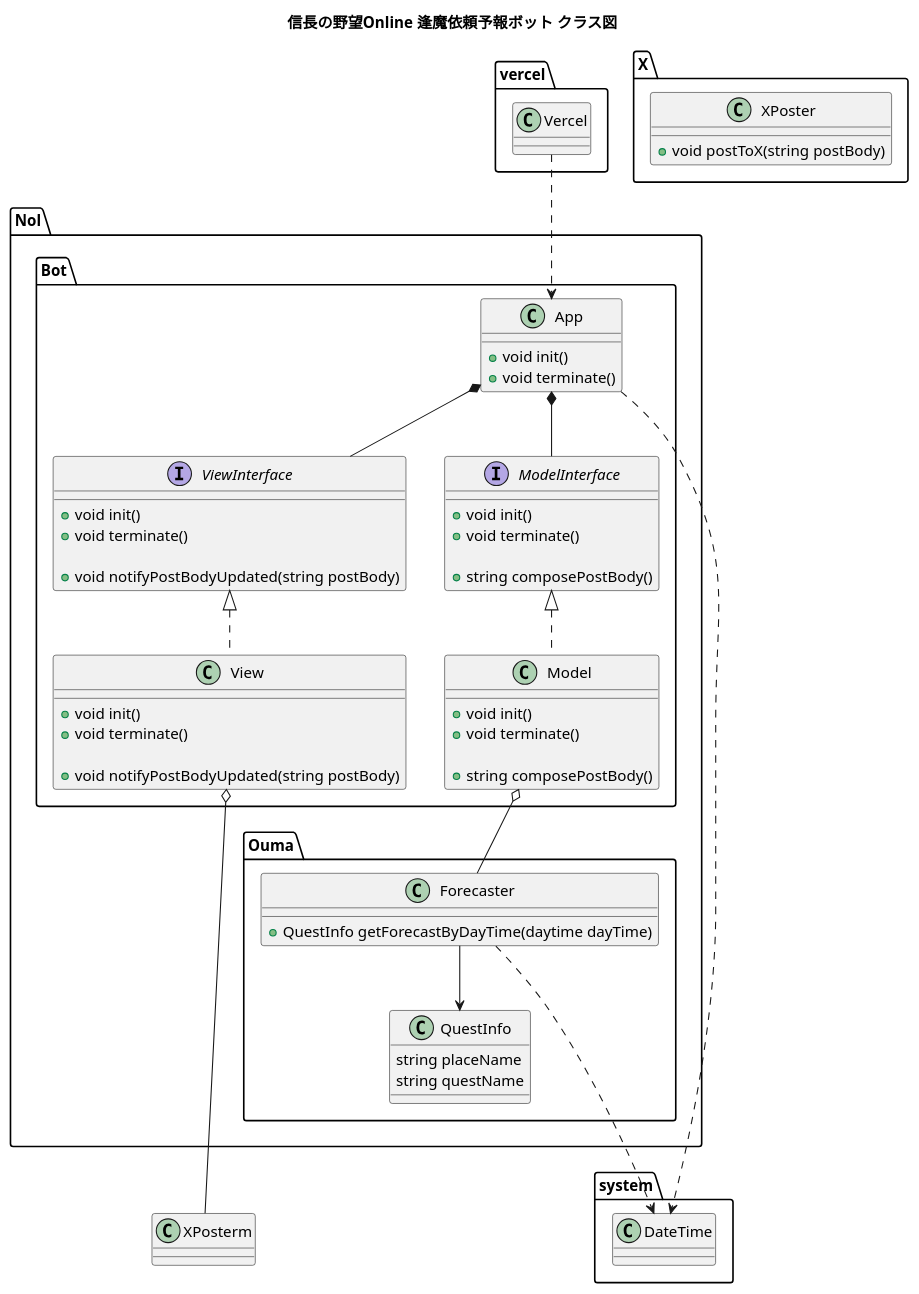
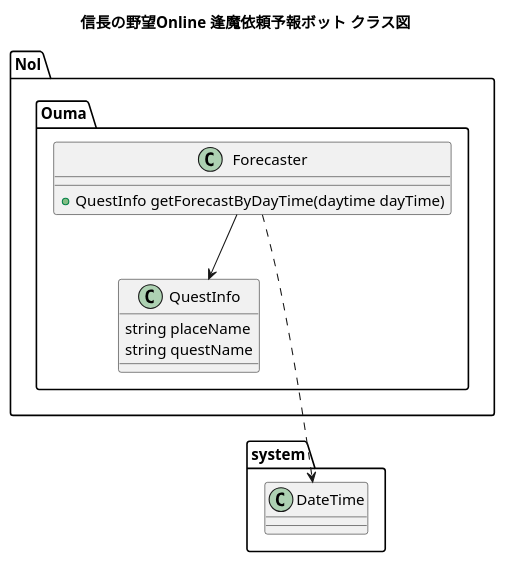
Before and after one commit to MinoruSekine/nol_ouma_forecast: the diagram in uml/class.pu, drawn with PlantUML. The commit also changed 1 other file, not shown here.

Commit message:
uml: Remove bot parts from UML. (#11)
Bot parts will be used by also nol_rewards_due.

```diff
--- a/uml/class.pu
+++ b/uml/class.pu
@@ -1,83 +1,25 @@
 @startuml
 
 title 信長の野望Online 逢魔依頼予報ボット クラス図
 
 namespace system {
   class DateTime
 }
 
 namespace Nol {
   namespace Ouma {
     class QuestInfo {
       string placeName
       string questName
     }
 
     class Forecaster {
       +QuestInfo getForecastByDayTime(daytime dayTime)
     }
 
     Forecaster --> QuestInfo
 
     Forecaster ...> DateTime
   }
 
-  namespace Bot {
-    class App {
-      +void init()
-      +void terminate()
-    }
-
-    interface ModelInterface {
-      +void init()
-      +void terminate()
-
-      +string composePostBody()
-    }
-
-    class Model {
-      +void init()
-      +void terminate()
-
-      +string composePostBody()
-    }
-
-    interface ViewInterface {
-      +void init()
-      +void terminate()
-
-      +void notifyPostBodyUpdated(string postBody)
-    }
-
-    class View {
-      +void init()
-      +void terminate()
-
-      +void notifyPostBodyUpdated(string postBody)
-    }
-
-    App *-- ModelInterface
-    App *-- ViewInterface
-    App ......> DateTime
-
-    ModelInterface <|.. Model
-    Model o-- Forecaster
-
-    ViewInterface <|.. View
-  }
-}
-
-namespace vercel {
-  class Vercel
-}
-Vercel ..> App
-
-namespace X {
-  class XPoster {
-    +void postToX(string postBody)
-  }
-}
-
-View o---- XPosterm
-
 @enduml
```
